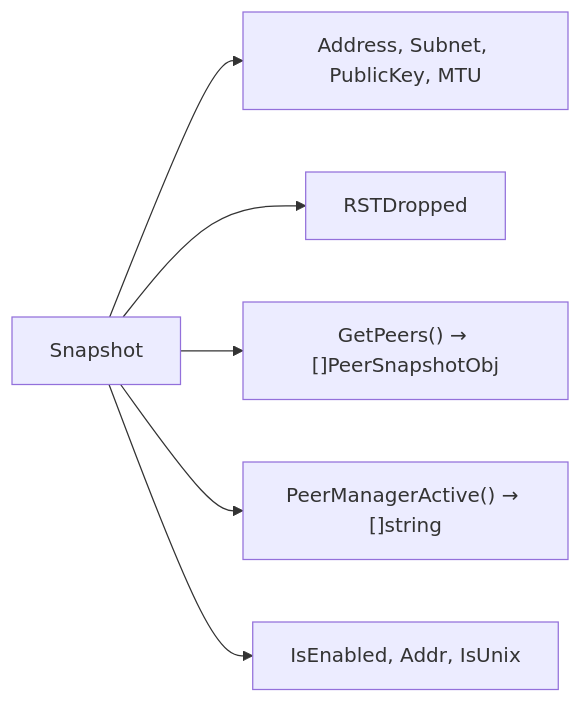
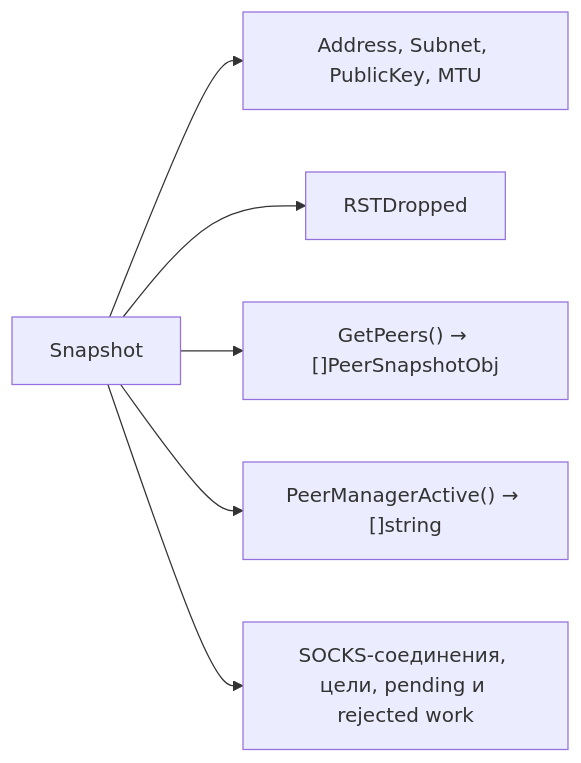
One commit to voluminor/ratatoskr changed the fourth of 6 diagrams in README.RU.md. Above: the diagram before and after it, drawn with Mermaid. The commit also changed other lines of this file and 69 other files, not shown here.

````diff
--- a/README.RU.md
+++ b/README.RU.md
@@ -350,8 +354,8 @@
 ```mermaid
 flowchart LR
   Snapshot --> Addr["Address, Subnet, PublicKey, MTU"]
   Snapshot --> RST["RSTDropped"]
   Snapshot --> Peers["GetPeers() → []PeerSnapshotObj"]
   Snapshot --> Active["PeerManagerActive() → []string"]
-  Snapshot --> SOCKS["IsEnabled, Addr, IsUnix"]
+  Snapshot --> SOCKS["SOCKS-соединения, цели, pending и rejected work"]
 ```
````
